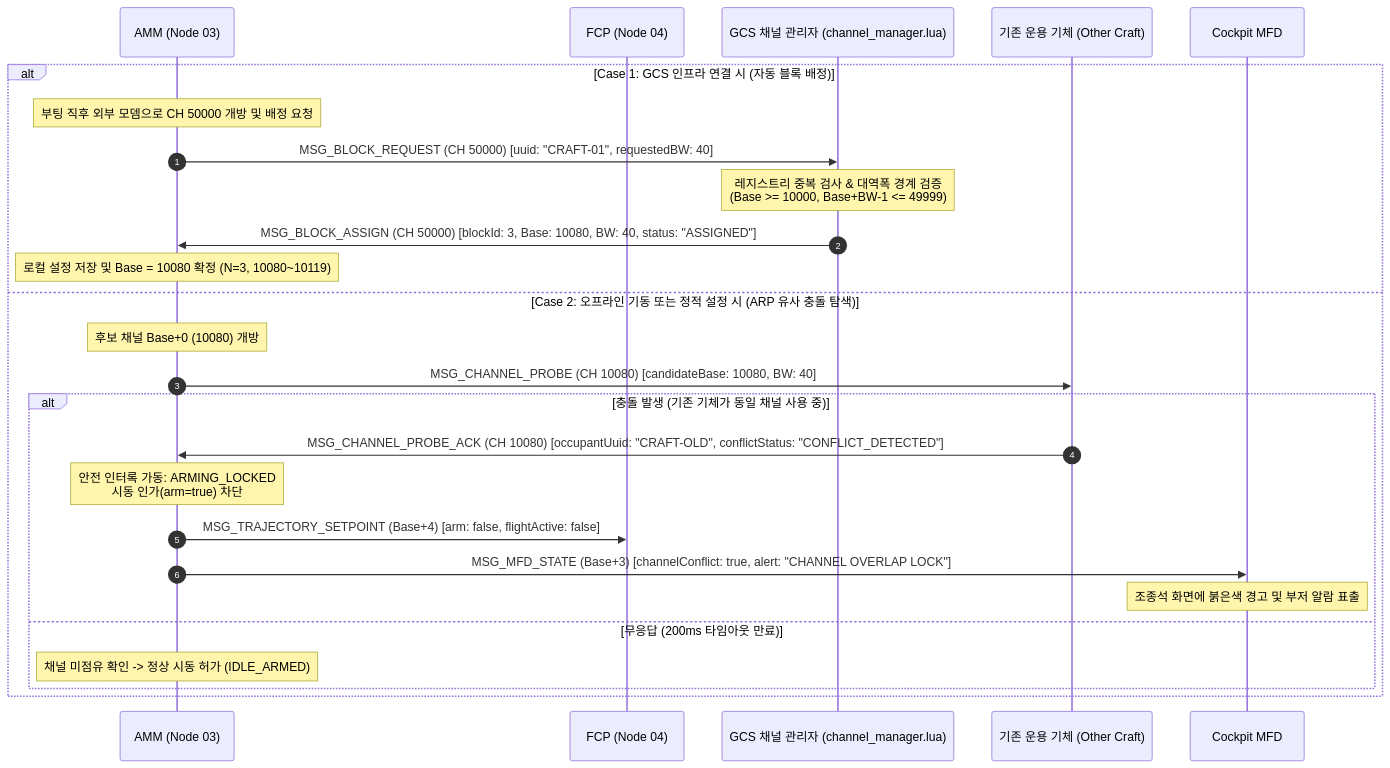
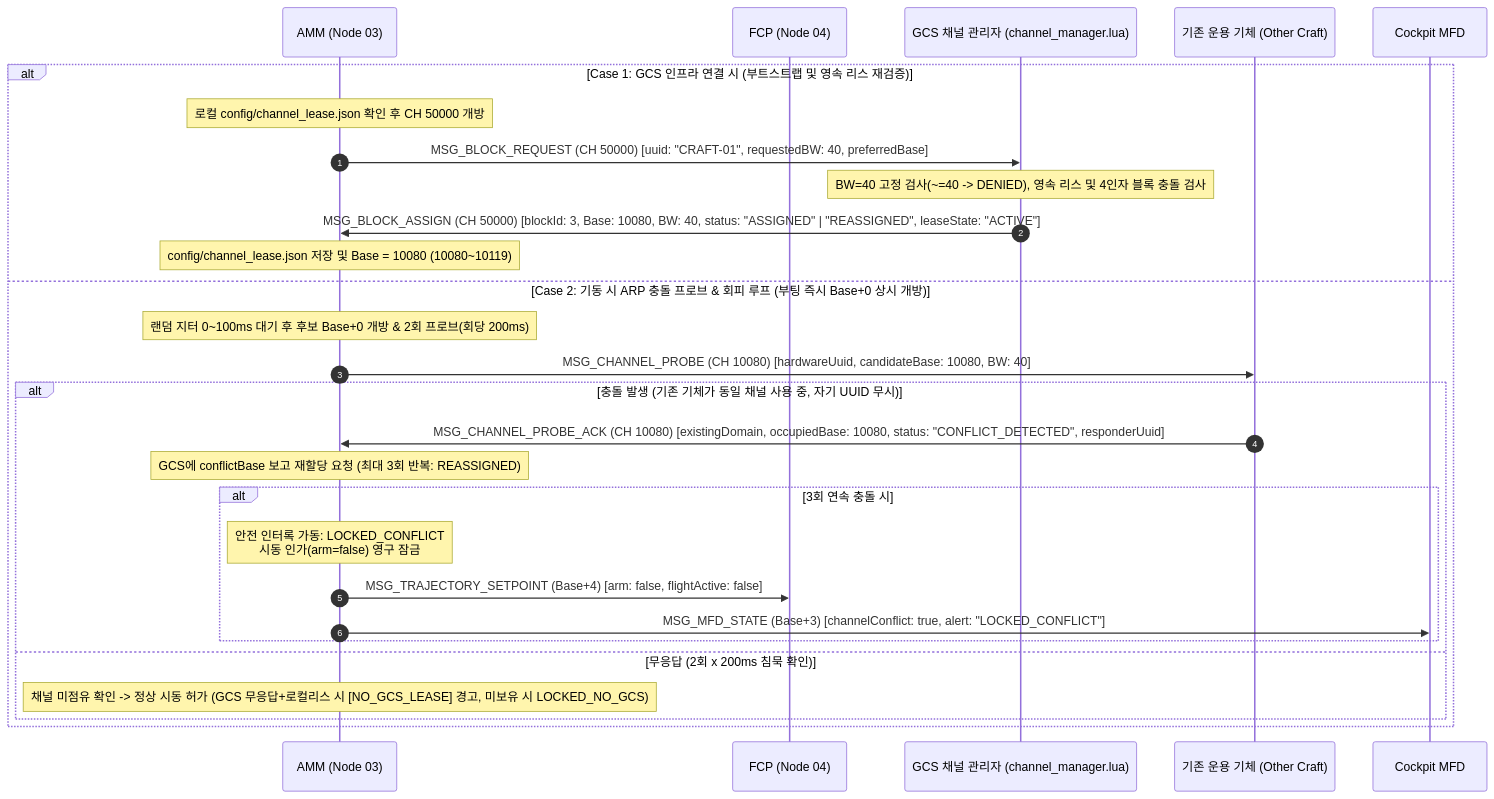
The seventh of 9 diagrams in docs/system/SYSTEM_PROGRAM_RELATION_AND_PACKET_DIAGRAM.md (Polimachi/Aeroneutics_Autopilot), drawn with Mermaid before and after one commit. The commit also changed other lines of this file and 10 other files, not shown here.

Commit message:
docs(specs): ratify TASK-125 40-channel block remediation specs and contract SSOT

````diff
--- a/docs/system/SYSTEM_PROGRAM_RELATION_AND_PACKET_DIAGRAM.md
+++ b/docs/system/SYSTEM_PROGRAM_RELATION_AND_PACKET_DIAGRAM.md
@@ -575,30 +576,32 @@
 ```mermaid
 sequenceDiagram
     autonumber
     participant U as AMM (Node 03)
     participant F as FCP (Node 04)
     participant G as GCS 채널 관리자 (channel_manager.lua)
     participant P as 기존 운용 기체 (Other Craft)
     participant M as Cockpit MFD
 
-    alt Case 1: GCS 인프라 연결 시 (자동 블록 배정)
-        Note over U: 부팅 직후 외부 모뎀으로 CH 50000 개방 및 배정 요청
-        U->>G: MSG_BLOCK_REQUEST (CH 50000) [uuid: "CRAFT-01", requestedBW: 40]
-        Note over G: 레지스트리 중복 검사 & 대역폭 경계 검증<br/>(Base >= 10000, Base+BW-1 <= 49999)
-        G->>U: MSG_BLOCK_ASSIGN (CH 50000) [blockId: 3, Base: 10080, BW: 40, status: "ASSIGNED"]
-        Note over U: 로컬 설정 저장 및 Base = 10080 확정 (N=3, 10080~10119)
-    else Case 2: 오프라인 기동 또는 정적 설정 시 (ARP 유사 충돌 탐색)
-        Note over U: 후보 채널 Base+0 (10080) 개방
-        U->>P: MSG_CHANNEL_PROBE (CH 10080) [candidateBase: 10080, BW: 40]
+    alt Case 1: GCS 인프라 연결 시 (부트스트랩 및 영속 리스 재검증)
+        Note over U: 로컬 config/channel_lease.json 확인 후 CH 50000 개방
+        U->>G: MSG_BLOCK_REQUEST (CH 50000) [uuid: "CRAFT-01", requestedBW: 40, preferredBase]
+        Note over G: BW=40 고정 검사(~=40 -> DENIED), 영속 리스 및 4인자 블록 충돌 검사
+        G->>U: MSG_BLOCK_ASSIGN (CH 50000) [blockId: 3, Base: 10080, BW: 40, status: "ASSIGNED" | "REASSIGNED", leaseState: "ACTIVE"]
+        Note over U: config/channel_lease.json 저장 및 Base = 10080 (10080~10119)
+    else Case 2: 기동 시 ARP 충돌 프로브 & 회피 루프 (부팅 즉시 Base+0 상시 개방)
+        Note over U: 랜덤 지터 0~100ms 대기 후 후보 Base+0 개방 & 2회 프로브(회당 200ms)
+        U->>P: MSG_CHANNEL_PROBE (CH 10080) [hardwareUuid, candidateBase: 10080, BW: 40]
         
-        alt 충돌 발생 (기존 기체가 동일 채널 사용 중)
-            P->>U: MSG_CHANNEL_PROBE_ACK (CH 10080) [occupantUuid: "CRAFT-OLD", conflictStatus: "CONFLICT_DETECTED"]
-            Note over U: 안전 인터록 가동: ARMING_LOCKED<br/>시동 인가(arm=true) 차단
-            U->>F: MSG_TRAJECTORY_SETPOINT (Base+4) [arm: false, flightActive: false]
-            U->>M: MSG_MFD_STATE (Base+3) [channelConflict: true, alert: "CHANNEL OVERLAP LOCK"]
-            Note over M: 조종석 화면에 붉은색 경고 및 부저 알람 표출
-        else 무응답 (200ms 타임아웃 만료)
-            Note over U: 채널 미점유 확인 -> 정상 시동 허가 (IDLE_ARMED)
+        alt 충돌 발생 (기존 기체가 동일 채널 사용 중, 자기 UUID 무시)
+            P->>U: MSG_CHANNEL_PROBE_ACK (CH 10080) [existingDomain, occupiedBase: 10080, status: "CONFLICT_DETECTED", responderUuid]
+            Note over U: GCS에 conflictBase 보고 재할당 요청 (최대 3회 반복: REASSIGNED)
+            alt 3회 연속 충돌 시
+                Note over U: 안전 인터록 가동: LOCKED_CONFLICT<br/>시동 인가(arm=false) 영구 잠금
+                U->>F: MSG_TRAJECTORY_SETPOINT (Base+4) [arm: false, flightActive: false]
+                U->>M: MSG_MFD_STATE (Base+3) [channelConflict: true, alert: "LOCKED_CONFLICT"]
+            end
+        else 무응답 (2회 x 200ms 침묵 확인)
+            Note over U: 채널 미점유 확인 -> 정상 시동 허가 (GCS 무응답+로컬리스 시 [NO_GCS_LEASE] 경고, 미보유 시 LOCKED_NO_GCS)
         end
     end
 ```
````
